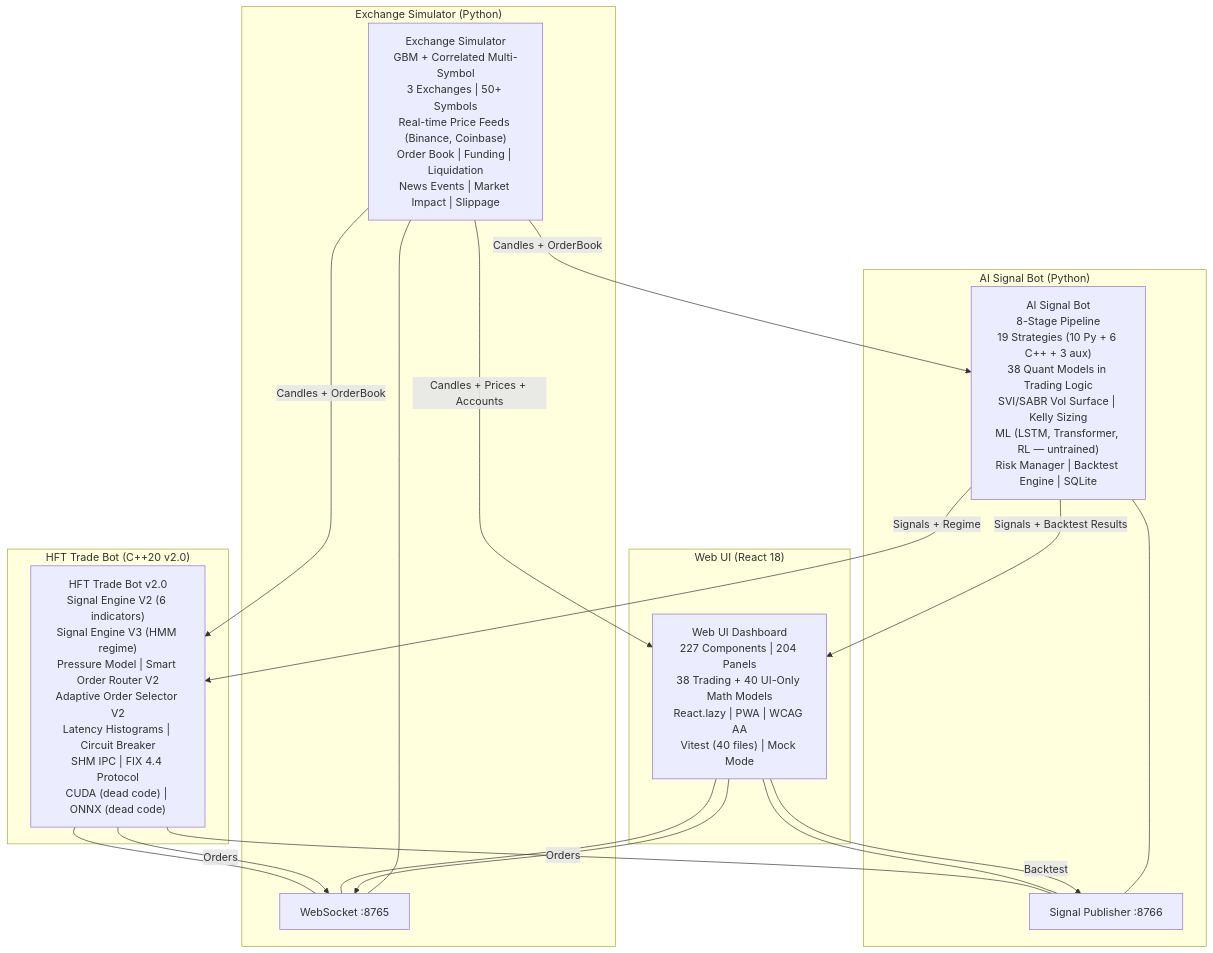
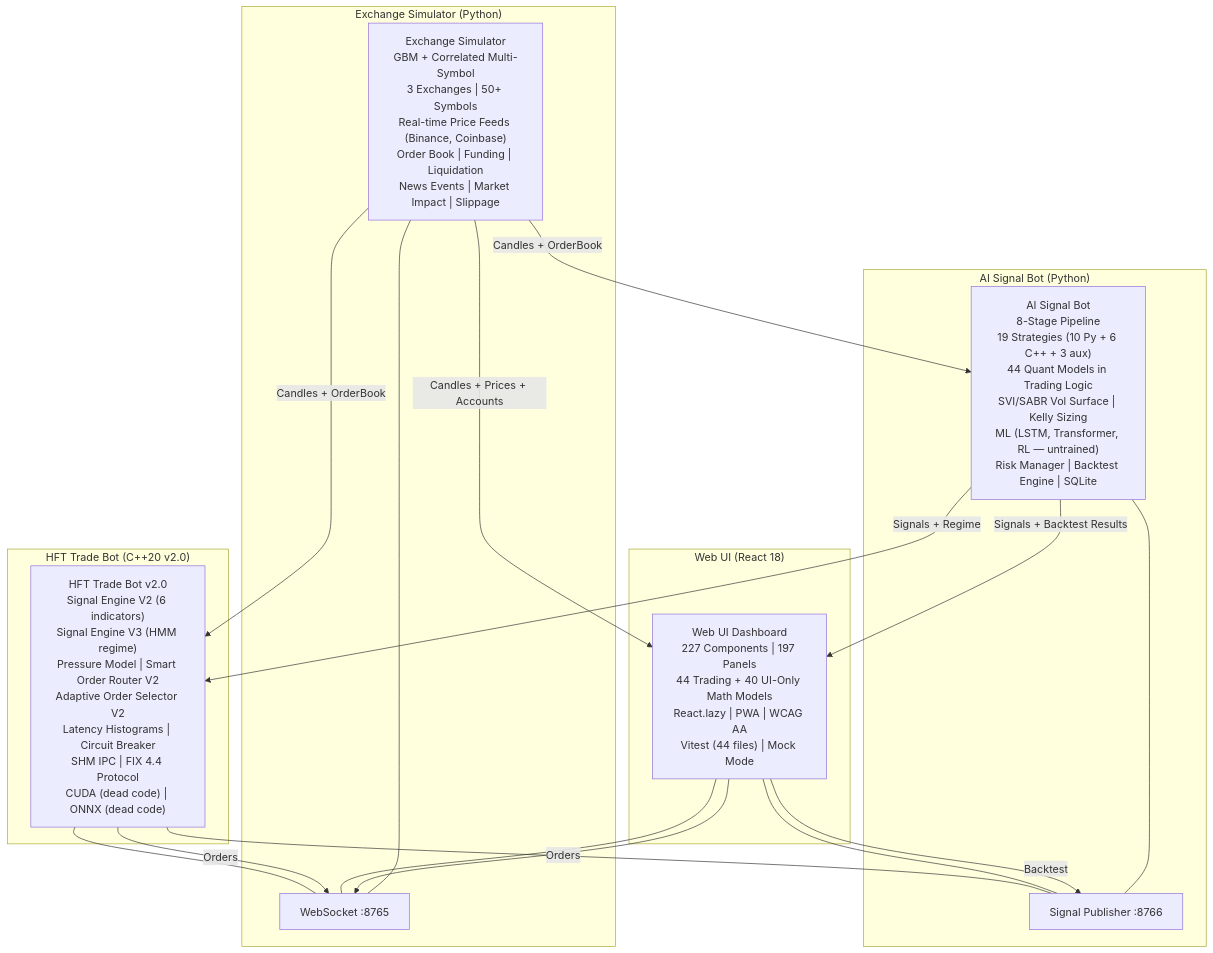
One commit to ezpectus/HFT-trading-simulator changed the diagram in docs/ARCHITECTURE.md. Above: the diagram before and after it, drawn with Mermaid. The commit also changed other lines of this file, not shown here.

Commit message:
docs: update ARCHITECTURE.md — panels 204 to 197, models 38 to 44, v4.1 to v4.3, test files 40 to 44

````diff
--- a/docs/ARCHITECTURE.md
+++ b/docs/ARCHITECTURE.md
@@ -23,35 +23,35 @@
 ```mermaid
 graph TB
     subgraph "Exchange Simulator (Python)"
         ES["Exchange Simulator<br/>GBM + Correlated Multi-Symbol<br/>3 Exchanges | 50+ Symbols<br/>Real-time Price Feeds (Binance, Coinbase)<br/>Order Book | Funding | Liquidation<br/>News Events | Market Impact | Slippage"]
         WS8765[WebSocket :8765]
         WS8765 --- ES
     end
 
     subgraph "AI Signal Bot (Python)"
-        AI["AI Signal Bot<br/>8-Stage Pipeline<br/>19 Strategies (10 Py + 6 C++ + 3 aux)<br/>38 Quant Models in Trading Logic<br/>SVI/SABR Vol Surface | Kelly Sizing<br/>ML (LSTM, Transformer, RL — untrained)<br/>Risk Manager | Backtest Engine | SQLite"]
+        AI["AI Signal Bot<br/>8-Stage Pipeline<br/>19 Strategies (10 Py + 6 C++ + 3 aux)<br/>44 Quant Models in Trading Logic<br/>SVI/SABR Vol Surface | Kelly Sizing<br/>ML (LSTM, Transformer, RL — untrained)<br/>Risk Manager | Backtest Engine | SQLite"]
         WS8766[Signal Publisher :8766]
         WS8766 --- AI
     end
 
     subgraph "HFT Trade Bot (C++20 v2.0)"
         HFT["HFT Trade Bot v2.0<br/>Signal Engine V2 (6 indicators)<br/>Signal Engine V3 (HMM regime)<br/>Pressure Model | Smart Order Router V2<br/>Adaptive Order Selector V2<br/>Latency Histograms | Circuit Breaker<br/>SHM IPC | FIX 4.4 Protocol<br/>CUDA (dead code) | ONNX (dead code)"]
         HFT --- WS8765
         HFT --- WS8766
         HFT -->|Orders| WS8765
     end
 
     subgraph "Web UI (React 18)"
-        UI["Web UI Dashboard<br/>227 Components | 204 Panels<br/>38 Trading + 40 UI-Only Math Models<br/>React.lazy | PWA | WCAG AA<br/>Vitest (40 files) | Mock Mode"]
+        UI["Web UI Dashboard<br/>227 Components | 197 Panels<br/>44 Trading + 40 UI-Only Math Models<br/>React.lazy | PWA | WCAG AA<br/>Vitest (44 files) | Mock Mode"]
         UI --- WS8765
         UI --- WS8766
         UI -->|Orders| WS8765
         UI -->|Backtest| WS8766
     end
 
     ES -->|Candles + OrderBook| AI
     ES -->|Candles + OrderBook| HFT
     ES -->|Candles + Prices + Accounts| UI
     AI -->|Signals + Regime| HFT
     AI -->|Signals + Backtest Results| UI
 ```
````
